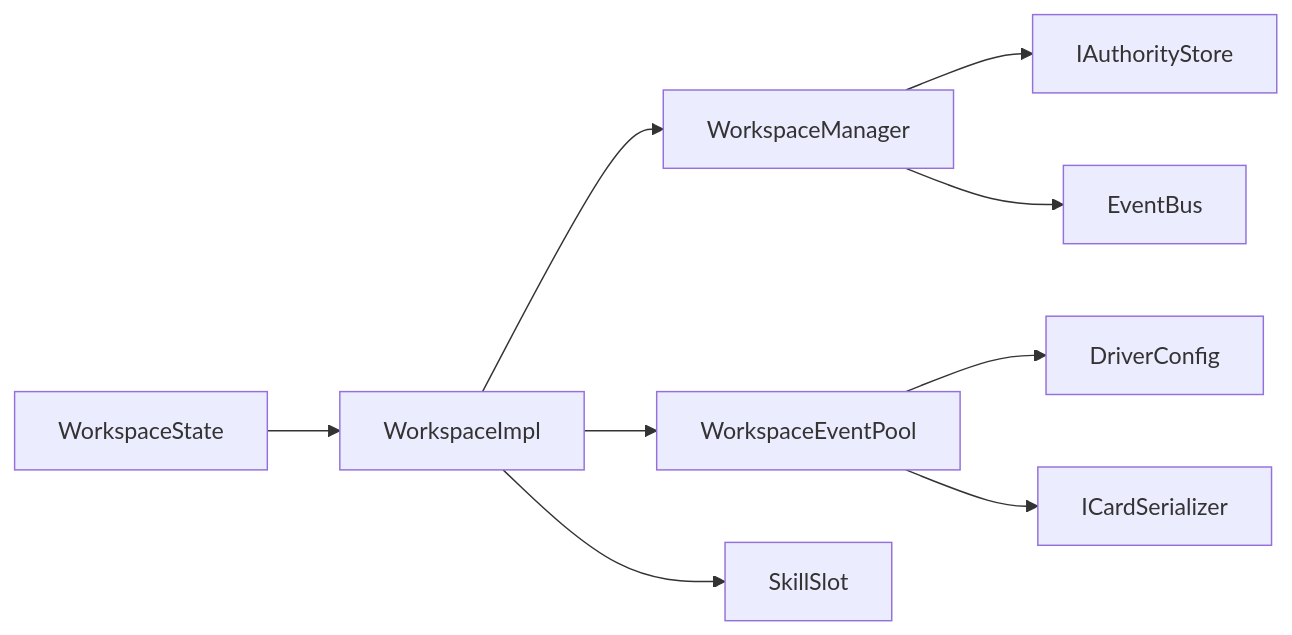
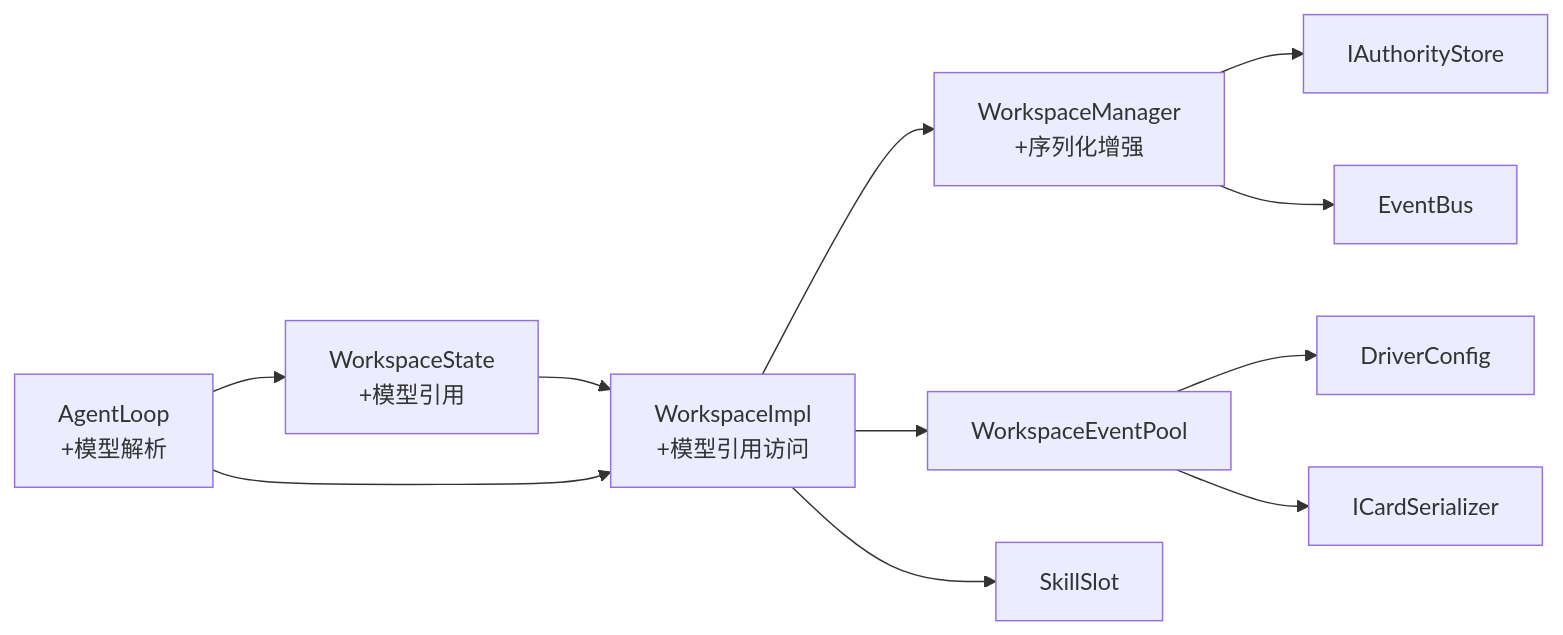
The eighth of 8 diagrams in .qoder/repowiki/zh/content/工作空间管理系统/工作空间状态管理.md (suzvka/NPCLife), drawn with Mermaid before and after one commit. The commit also changed other lines of this file and 11 other files, not shown here.

````diff
--- a/.qoder/repowiki/zh/content/工作空间管理系统/工作空间状态管理.md
+++ b/.qoder/repowiki/zh/content/工作空间管理系统/工作空间状态管理.md
@@ -464,11 +553,13 @@
 ```mermaid
 graph LR
-WS["WorkspaceState"] --> WSI["WorkspaceImpl"]
-WSI --> WSM["WorkspaceManager"]
+WS["WorkspaceState<br/>+模型引用"] --> WSI["WorkspaceImpl<br/>+模型引用访问"]
+WSI --> WSM["WorkspaceManager<br/>+序列化增强"]
 WSM --> IST["IAuthorityStore"]
 WSI --> WEP["WorkspaceEventPool"]
 WSI --> SK["SkillSlot"]
 WEP --> DCFG["DriverConfig"]
 WEP --> CS["ICardSerializer"]
 WSM --> EBUS["EventBus"]
+AL["AgentLoop<br/>+模型解析"] --> WS
+AL --> WSI
 ```
````
